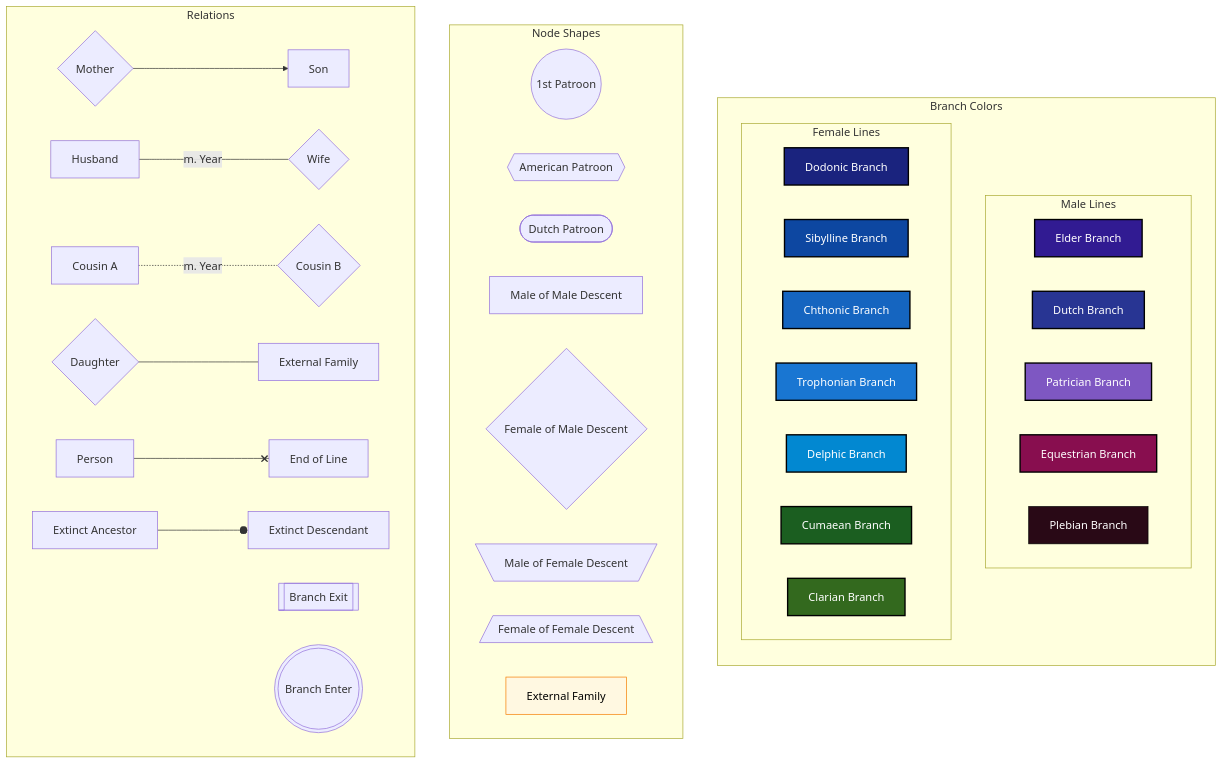
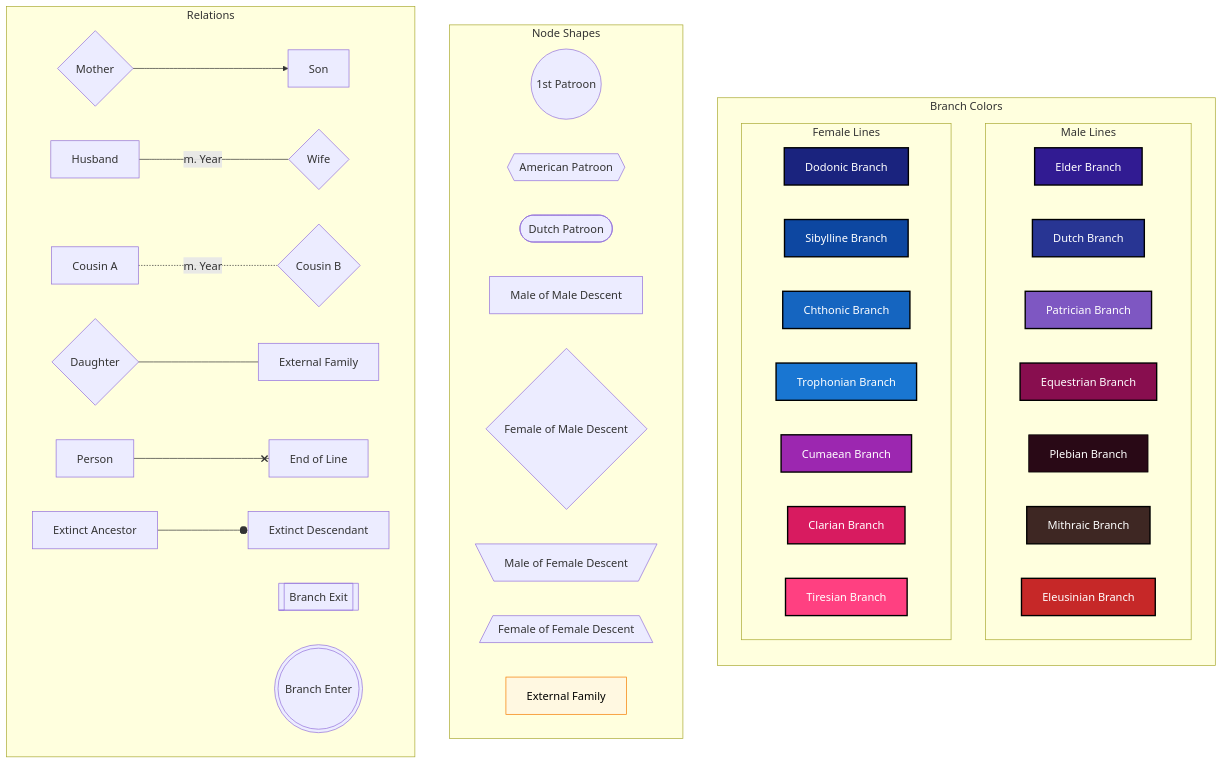
The third of 16 diagrams in source/07_fabula/01_magnum-opus/appendices/000.rst (chinchalinchin/elara), drawn with Mermaid before and after one commit. The commit also changed other lines of this file and 16 other files, not shown here.

```diff
--- a/source/07_fabula/01_magnum-opus/appendices/000.rst
+++ b/source/07_fabula/01_magnum-opus/appendices/000.rst
@@ -351,15 +343,16 @@
         classDef patricianLegend fill:#7E57C2,stroke:#000,stroke-width:2px,color:#fff
         classDef equestrianLegend fill:#880E4F,stroke:#000,stroke-width:2px,color:#fff
         classDef plebianLegend fill:#290916,stroke:#000,stroke-width:1px,color:#fff
+        classDef mithraicLegend fill:#3E2723,stroke:#000,stroke-width:2px,color:#fff
+        classDef eleusinianLegend fill:#C62828,stroke:#000,stroke-width:2px,color:#fff
         %% ======================== FEMALE BRANCHES
         classDef dodonicLegend fill:#1A237E,stroke:#000,stroke-width:2px,color:#fff
         classDef sibyllineLegend fill:#0D47A1,stroke:#000,stroke-width:2px,color:#fff
         classDef chthonicLegend fill:#1565C0,stroke:#000,stroke-width:2px,color:#fff
         classDef trophonianLegend fill:#1976D2,stroke:#000,stroke-width:2px,color:#fff
-        classDef delphicLegend fill:#0288D1,stroke:#000,stroke-width:2px,color:#fff
-        classDef cumaeanLegend fill:#1B5E20,stroke:#000,stroke-width:2px,color:#fff
-        classDef clarianLegend fill:#33691E,stroke:#000,stroke-width:2px,color:#fff
-        classDef tiresianLegend fill:#4B741C,stroke:#000,stroke-width:2px,color:#fff
+        classDef cumaeanLegend fill:#9C27B0,stroke:#000,stroke-width:2px,color:#fff
+        classDef clarianLegend fill:#D81B60,stroke:#000,stroke-width:2px,color:#fff
+        classDef tiresianLegend fill:#FF4081,stroke:#000,stroke-width:2px,color:#fff
         %% ======================== OTHER
         classDef externalLegend fill:#FFF8E1,stroke:#F57C00,stroke-width:1px,color:#000
 
@@ -375,17 +368,19 @@
                 X3[Patrician Branch]:::patricianLegend
                 X4[Equestrian Branch]:::equestrianLegend
                 X5[Plebian Branch]:::plebianLegend
+                X6[Mithraic Branch]:::mithraicLegend
+                X7[Eleusinian Branch]:::eleusinianLegend
             end
             
             subgraph FemaleLines [Female Lines]
                 direction LR
-                X6[Dodonic Branch]:::dodonicLegend
-                X7[Sibylline Branch]:::sibyllineLegend
-                X8[Chthonic Branch]:::chthonicLegend
-                X9[Trophonian Branch]:::trophonianLegend
-                X10[Delphic Branch]:::delphicLegend
-                X11[Cumaean Branch]:::cumaeanLegend
-                X12[Clarian Branch]:::clarianLegend
+                X8[Dodonic Branch]:::dodonicLegend
+                X9[Sibylline Branch]:::sibyllineLegend
+                X10[Chthonic Branch]:::chthonicLegend
+                X11[Trophonian Branch]:::trophonianLegend
+                X12[Cumaean Branch]:::cumaeanLegend
+                X13[Clarian Branch]:::clarianLegend
+                X14[Tiresian Branch]:::tiresianLegend
             end
         end
 
```
